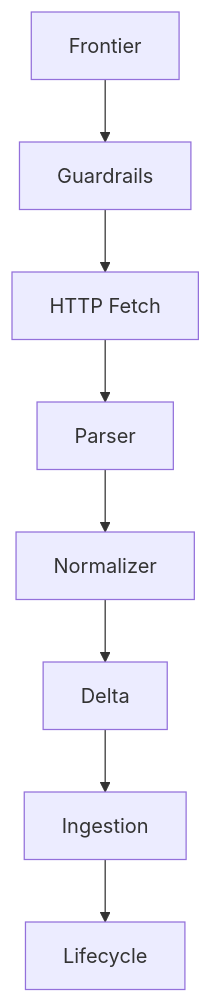
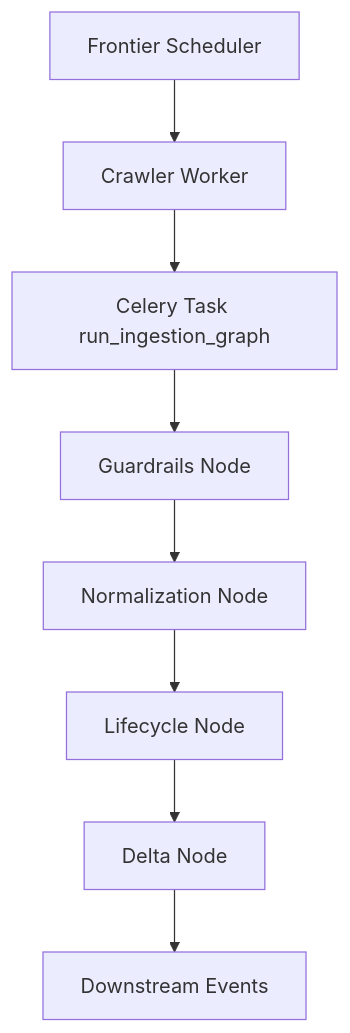
The diagram in docs/crawler/overview.md (fraven01/NOESIS-2), drawn with Mermaid before and after one commit. The commit also changed other lines of this file and 5 other files, not shown here.

````diff
--- a/docs/crawler/overview.md
+++ b/docs/crawler/overview.md
@@ -22,10 +24,10 @@
 ```mermaid
 flowchart TD
-    F[Frontier] --> G[Guardrails]
-    G --> H[HTTP Fetch]
-    H --> P[Parser]
-    P --> N[Normalizer]
-    N --> D[Delta]
-    D --> I[Ingestion]
-    I --> L[Lifecycle]
+    F[Frontier Scheduler] --> W[Crawler Worker]
+    W --> Q[Celery Task run_ingestion_graph]
+    Q --> G[Guardrails Node]
+    G --> N[Normalization Node]
+    N --> L[Lifecycle Node]
+    L --> D[Delta Node]
+    D --> E[Downstream Events]
 ```
````
